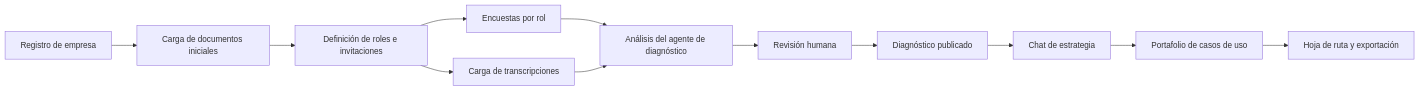
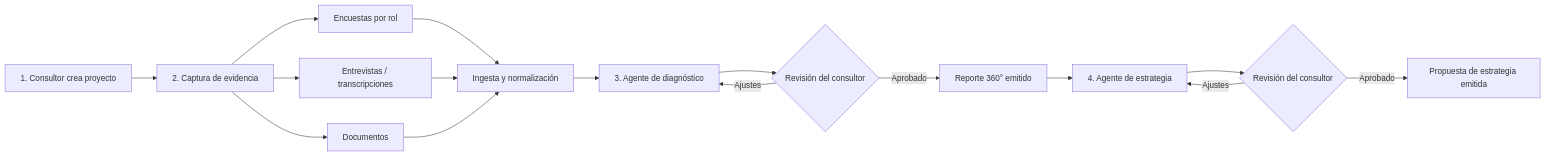
Before and after one commit to armandoordonez/agenteconsultor: the first of 3 diagrams in proyecto/plan.md, drawn with Mermaid. The commit also changed other lines of this file, not shown here.

````diff
--- a/proyecto/plan.md
+++ b/proyecto/plan.md
@@ -111,14 +169,18 @@
 ```mermaid
 flowchart LR
-    A[Registro de empresa] --> B[Carga de documentos iniciales]
-    B --> C[Definición de roles e invitaciones]
-    C --> D[Encuestas por rol]
-    C --> E[Carga de transcripciones]
-    D --> F[Análisis del agente de diagnóstico]
-    E --> F
-    F --> G[Revisión humana]
-    G --> H[Diagnóstico publicado]
-    H --> I[Chat de estrategia]
-    I --> J[Portafolio de casos de uso]
-    J --> K[Hoja de ruta y exportación]
+    A[1. Consultor crea proyecto] --> B[2. Captura de evidencia]
+    B --> B1[Encuestas por rol]
+    B --> B2[Entrevistas / transcripciones]
+    B --> B3[Documentos]
+    B1 --> C[Ingesta y normalización]
+    B2 --> C
+    B3 --> C
+    C --> D[3. Agente de diagnóstico]
+    D --> E{Revisión del consultor}
+    E -- Ajustes --> D
+    E -- Aprobado --> F[Reporte 360° emitido]
+    F --> G[4. Agente de estrategia]
+    G --> H{Revisión del consultor}
+    H -- Ajustes --> G
+    H -- Aprobado --> I[Propuesta de estrategia emitida]
 ```
````
